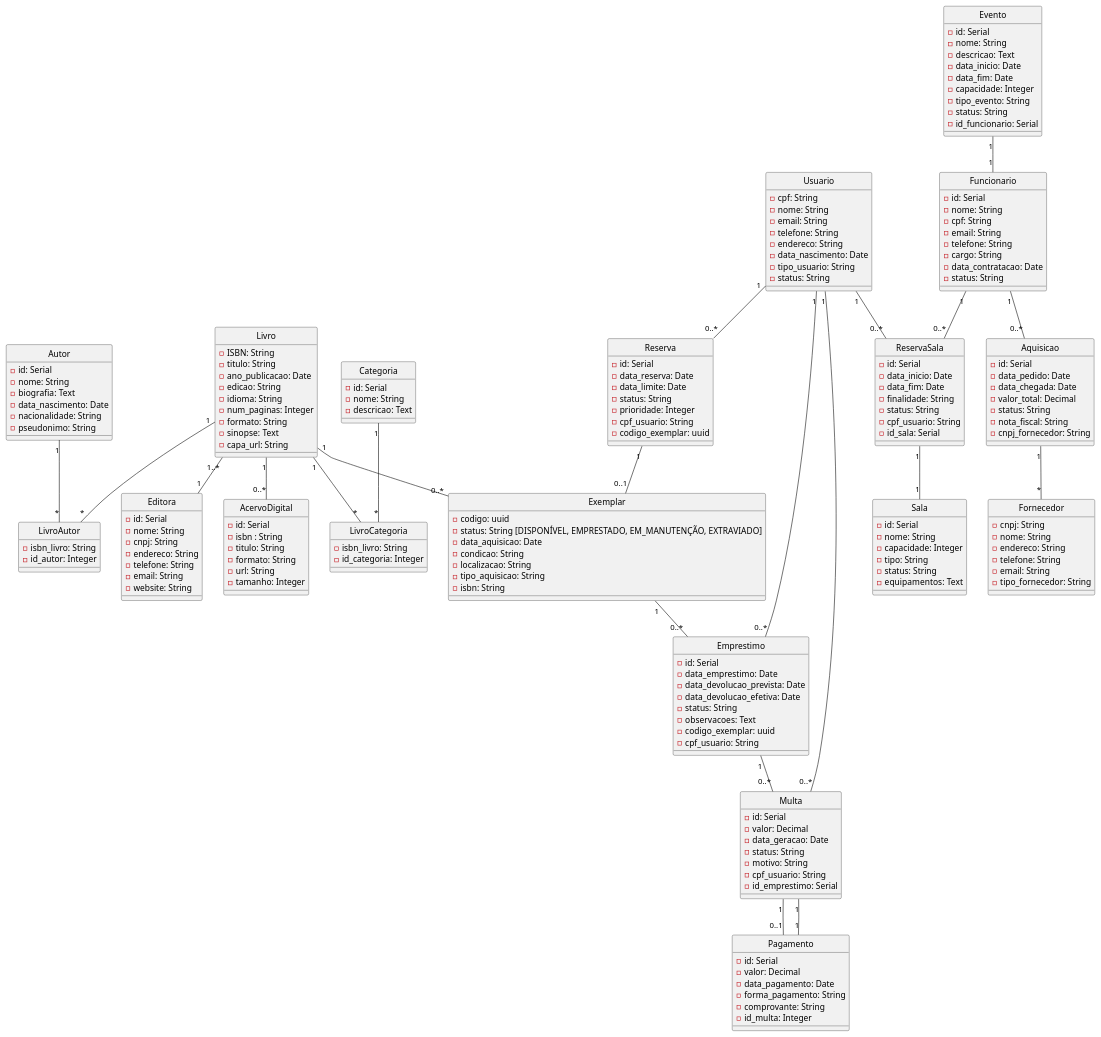
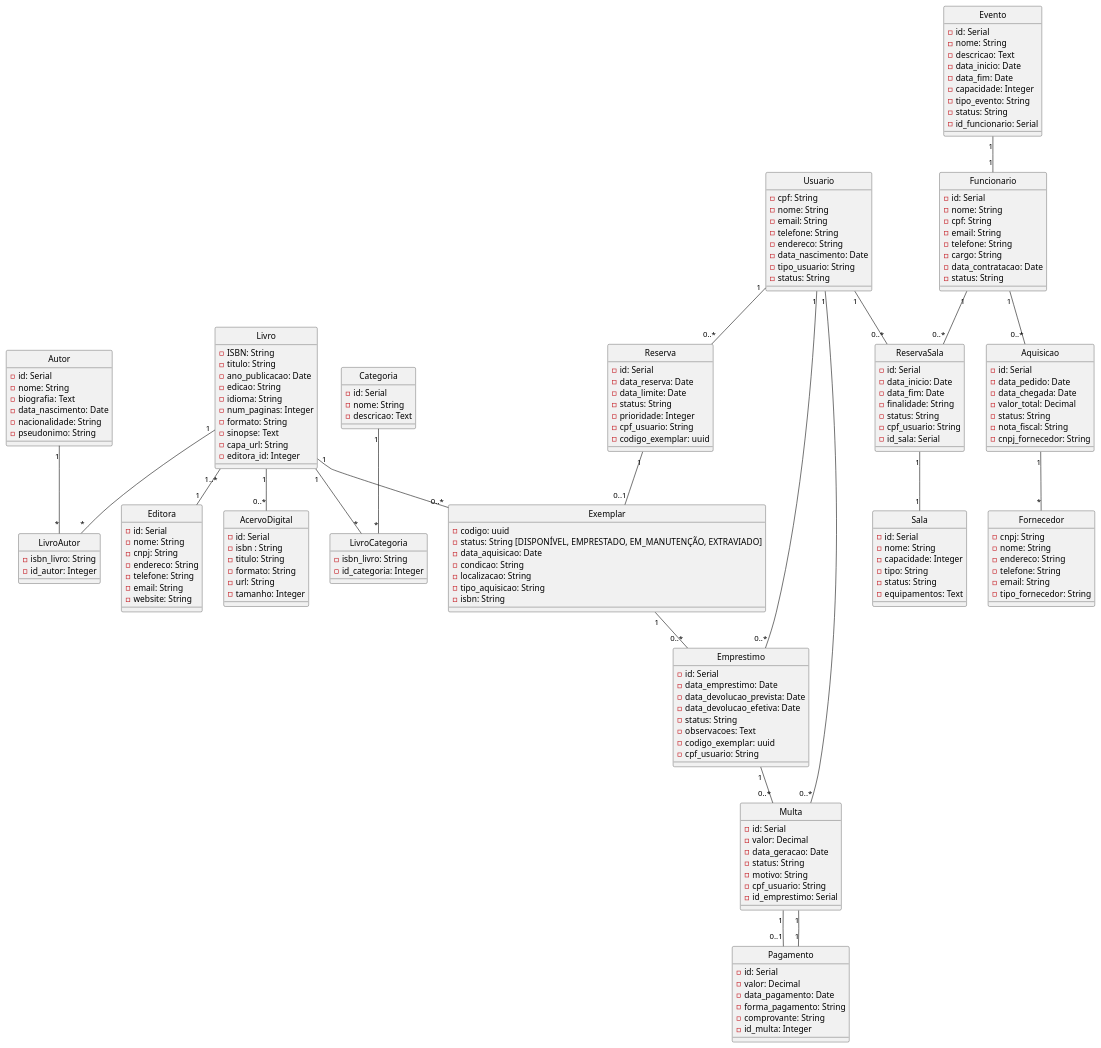
The diagram in PRJ-Final/conceitual.plantuml (Langsch/BD2-Projetos), drawn with PlantUML before and after one commit.

Commit message:
Update conceitual.plantuml
adicionada a ultima linha na classe Livro

```diff
--- a/PRJ-Final/conceitual.plantuml
+++ b/PRJ-Final/conceitual.plantuml
@@ -10,6 +10,7 @@
     -formato: String
     -sinopse: Text
     -capa_url: String
+    -editora_id: Integer
 }
 
 class AcervoDigital {
```
